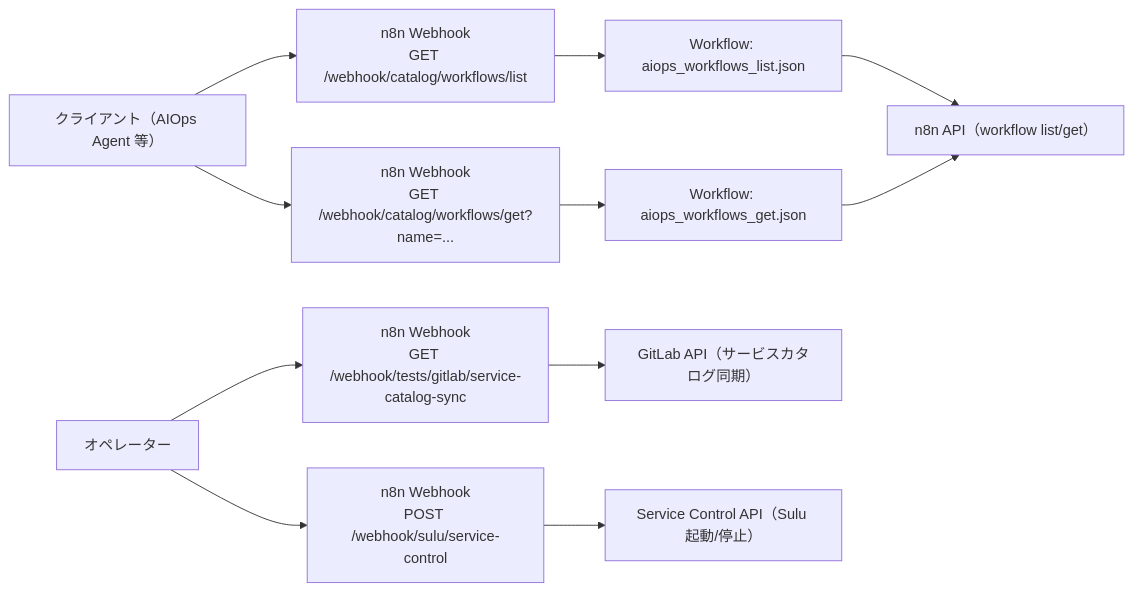
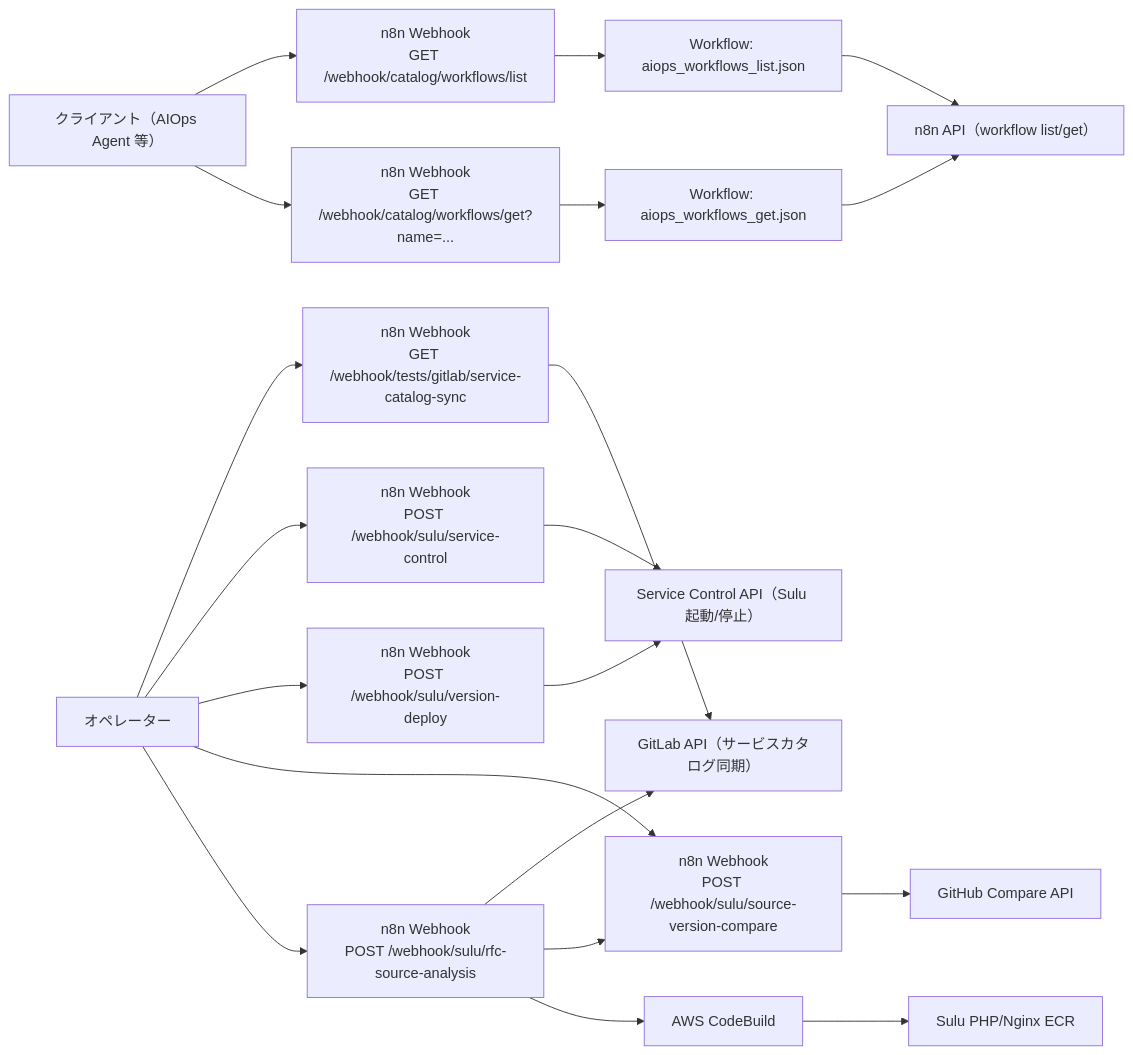
Before and after one commit to smic-aiops/aiops-agent: the diagram in apps/workflow_manager/README.md, drawn with Mermaid. The commit also changed other lines of this file and 44 other files, not shown here.

````diff
--- a/apps/workflow_manager/README.md
+++ b/apps/workflow_manager/README.md
@@ -59,15 +62,24 @@
 ```mermaid
 flowchart LR
   Client[クライアント（AIOps Agent 等）] --> List["n8n Webhook<br/>GET /webhook/catalog/workflows/list"]
   Client --> Get["n8n Webhook<br/>GET /webhook/catalog/workflows/get?name=..."]
   List --> WList[Workflow: aiops_workflows_list.json]
   Get --> WGet[Workflow: aiops_workflows_get.json]
   WList --> N8NAPI[n8n API（workflow list/get）]
   WGet --> N8NAPI
 
   Operator[オペレーター] --> ServiceCatalogSync["n8n Webhook<br/>GET /webhook/tests/gitlab/service-catalog-sync"]
   ServiceCatalogSync --> GitLab[GitLab API（サービスカタログ同期）]
 
   Operator --> ServiceControl["n8n Webhook<br/>POST /webhook/sulu/service-control"]
   ServiceControl --> SCAPI[Service Control API（Sulu 起動/停止）]
+  Operator --> VersionDeploy["n8n Webhook<br/>POST /webhook/sulu/version-deploy"]
+  VersionDeploy --> SCAPI
+  Operator --> SourceCompare["n8n Webhook<br/>POST /webhook/sulu/source-version-compare"]
+  SourceCompare --> GitHub[GitHub Compare API]
+  Operator --> RFCAnalysis["n8n Webhook<br/>POST /webhook/sulu/rfc-source-analysis"]
+  RFCAnalysis --> GitLab
+  RFCAnalysis --> SourceCompare
+  RFCAnalysis --> CodeBuild[AWS CodeBuild]
+  CodeBuild --> ECR[Sulu PHP/Nginx ECR]
 ```
````
